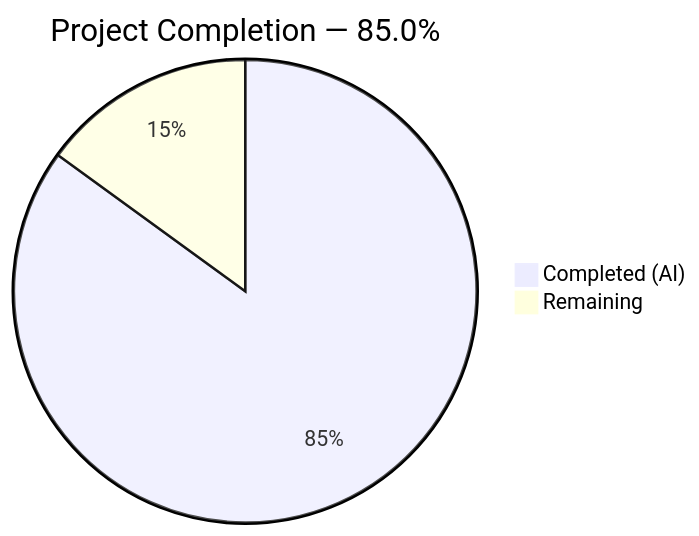
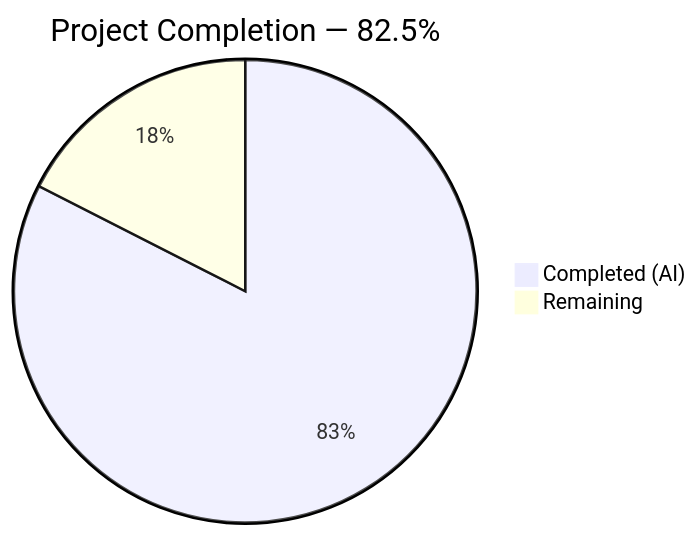
One commit to shaliniblitzy/05march_1-age changed the first of 2 diagrams in blitzy/documentation/Project Guide.md. Above: the diagram before and after it, drawn with Mermaid. The commit also changed other lines of this file, not shown here.

Commit message:
Adding Blitzy Project Guide: Project Status and Human Tasks Remaining

````diff
--- a/blitzy/documentation/Project Guide.md
+++ b/blitzy/documentation/Project Guide.md
@@ -13,5 +13,5 @@
 ```mermaid
-pie title Project Completion — 85.0%
-    "Completed (AI)" : 17
-    "Remaining" : 3
+pie title Project Completion — 82.5%
+    "Completed (AI)" : 33
+    "Remaining" : 7
 ```
````
